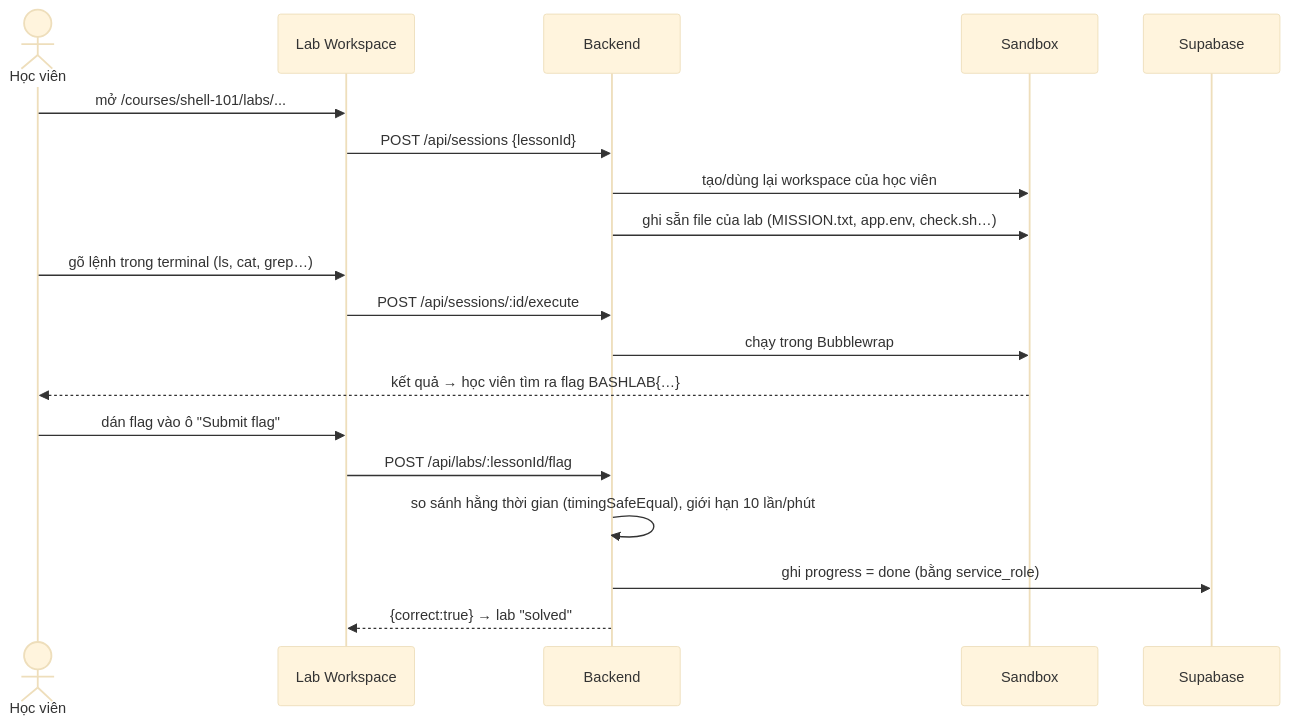
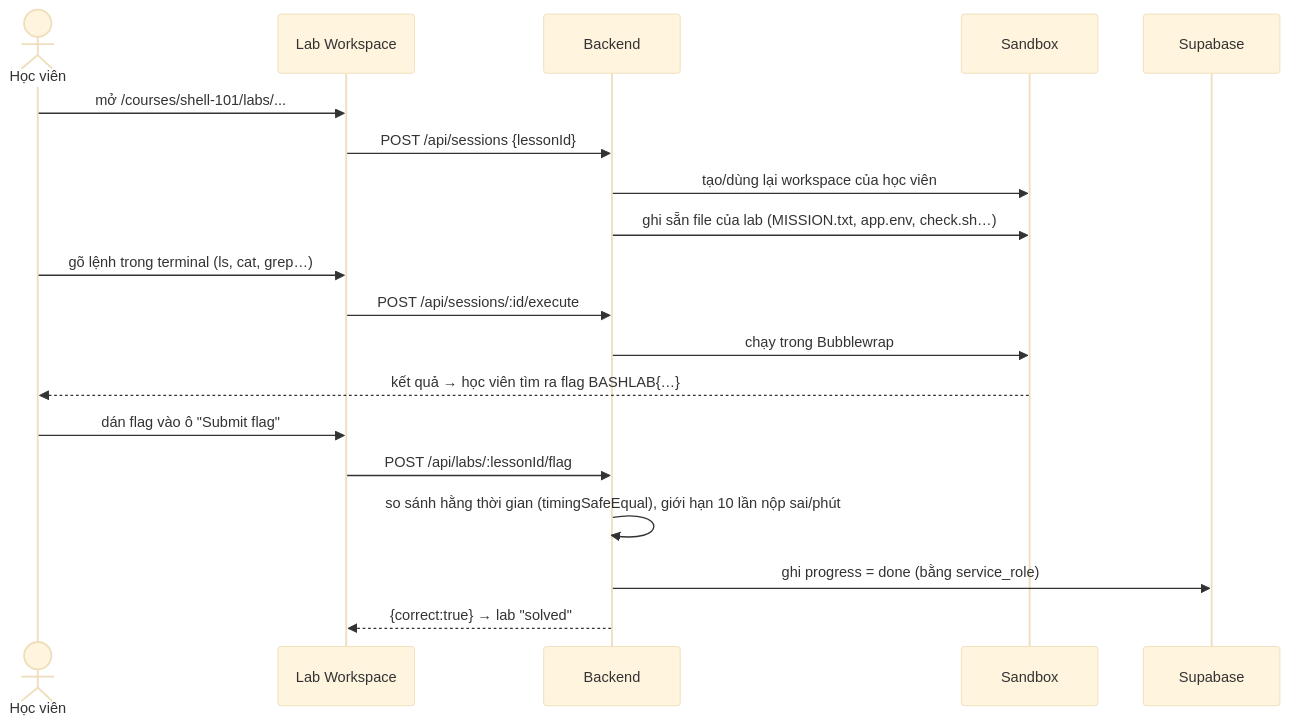
Before and after one commit to 0viprorqiv0/Bashlab: the third of 3 diagrams in backend/docs/report/ARCHITECTURE.md, drawn with Mermaid (base theme). The commit also changed 1 other file, not shown here.

Commit message:
docs(report): flag limit counts only wrong submissions

````diff
--- a/backend/docs/report/ARCHITECTURE.md
+++ b/backend/docs/report/ARCHITECTURE.md
@@ -101,21 +101,21 @@
 ```mermaid
 sequenceDiagram
   actor U as Học viên
   participant FE as Lab Workspace
   participant API as Backend
   participant SB as Sandbox
   participant DB as Supabase
   U->>FE: mở /courses/shell-101/labs/...
   FE->>API: POST /api/sessions {lessonId}
   API->>SB: tạo/dùng lại workspace của học viên
   API->>SB: ghi sẵn file của lab (MISSION.txt, app.env, check.sh…)
   U->>FE: gõ lệnh trong terminal (ls, cat, grep…)
   FE->>API: POST /api/sessions/:id/execute
   API->>SB: chạy trong Bubblewrap
   SB-->>U: kết quả → học viên tìm ra flag BASHLAB{…}
   U->>FE: dán flag vào ô "Submit flag"
   FE->>API: POST /api/labs/:lessonId/flag
-  API->>API: so sánh hằng thời gian (timingSafeEqual), giới hạn 10 lần/phút
+  API->>API: so sánh hằng thời gian (timingSafeEqual), giới hạn 10 lần nộp sai/phút
   API->>DB: ghi progress = done (bằng service_role)
   API-->>FE: {correct:true} → lab "solved"
 ```
````
